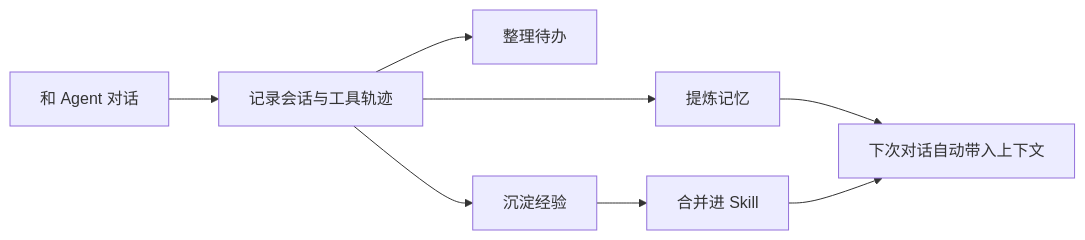
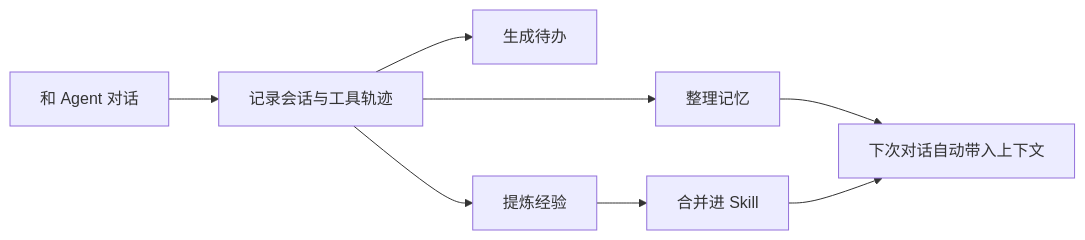
The diagram in README.md (MaimoryLab/AI-Todo), drawn with Mermaid before and after one commit. The commit also changed other lines of this file, not shown here.

````diff
--- a/README.md
+++ b/README.md
@@ -143,10 +85,10 @@
 ```mermaid
 flowchart LR
   A[和 Agent 对话] --> B[记录会话与工具轨迹]
-  B --> C[提炼记忆]
-  B --> D[整理待办]
-  B --> E[沉淀经验]
+  B --> C[整理记忆]
+  B --> D[生成待办]
+  B --> E[提炼经验]
   E --> F[合并进 Skill]
   C --> G[下次对话自动带入上下文]
   F --> G
 ```
````
